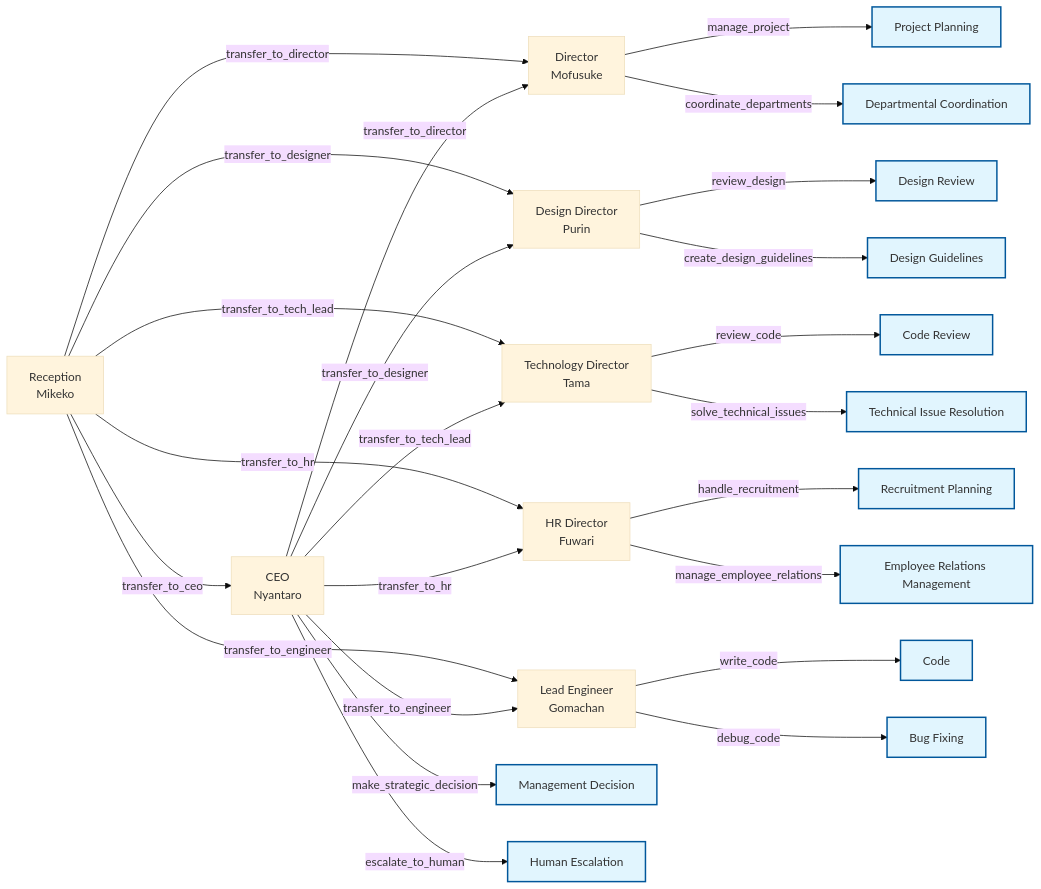
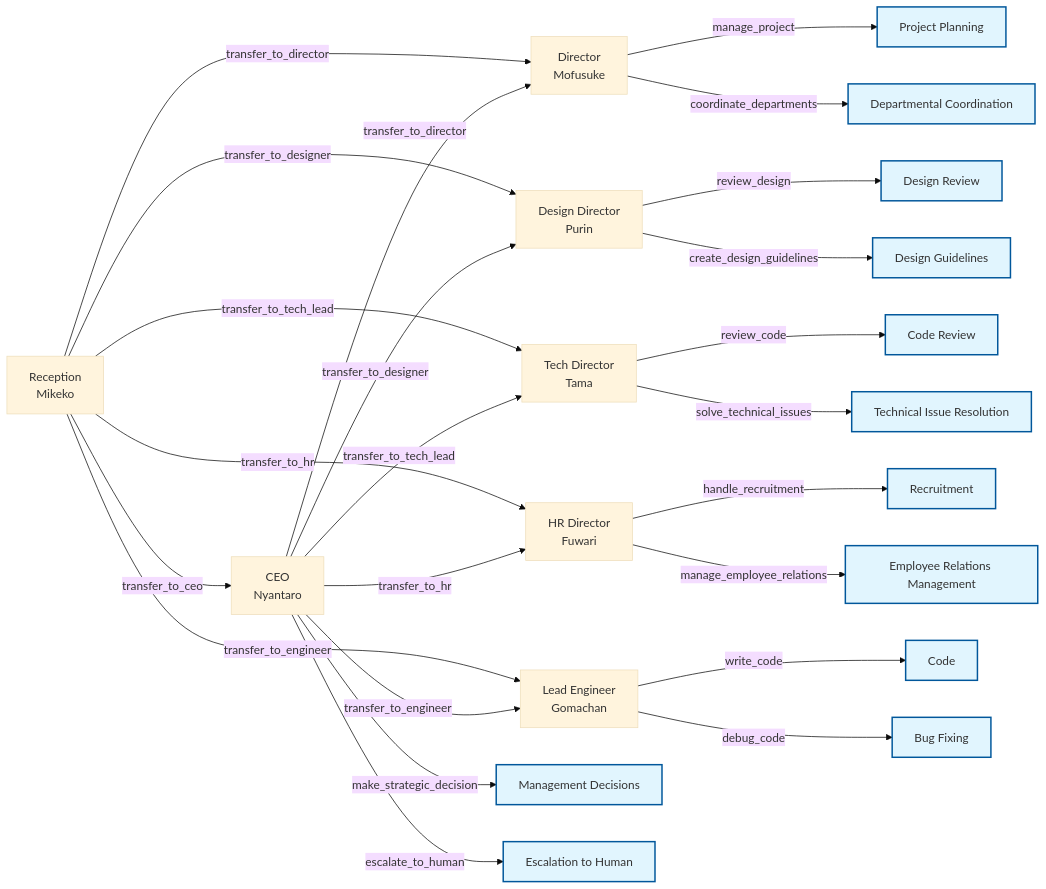
Before and after one commit to Sunwood-ai-labs/swarm-neko-neko-company: the diagram in docs/README.en.md, drawn with Mermaid. The commit also changed other lines of this file, not shown here.

````diff
--- a/docs/README.en.md
+++ b/docs/README.en.md
@@ -59,38 +60,38 @@
 ```mermaid
 %%{init: {'theme':'base'}}%%
 graph LR
     A[CEO<br>Nyantaro] -->|transfer_to_director| B[Director<br>Mofusuke]
     A -->|transfer_to_designer| C[Design Director<br>Purin]
-    A -->|transfer_to_tech_lead| D[Technology Director<br>Tama]
+    A -->|transfer_to_tech_lead| D[Tech Director<br>Tama]
     A -->|transfer_to_hr| E[HR Director<br>Fuwari]
     A -->|transfer_to_engineer| F[Lead Engineer<br>Gomachan]
     G[Reception<br>Mikeko] -->|transfer_to_ceo| A
     G -->|transfer_to_director| B
     G -->|transfer_to_designer| C
     G -->|transfer_to_tech_lead| D
     G -->|transfer_to_hr| E
     G -->|transfer_to_engineer| F
 
     %% Each agent's functions and outputs
-    A -->|make_strategic_decision| S[Management Decision]
-    A -->|escalate_to_human| H[Human Escalation]
+    A -->|make_strategic_decision| S[Management Decisions]
+    A -->|escalate_to_human| H[Escalation to Human]
     
     B -->|manage_project| P[Project Planning]
     B -->|coordinate_departments| CD[Departmental Coordination]
     
     C -->|review_design| RD[Design Review]
     C -->|create_design_guidelines| DG[Design Guidelines]
     
     D -->|review_code| RC[Code Review]
     D -->|solve_technical_issues| TI[Technical Issue Resolution]
     
     F -->|write_code| WC[Code]
     F -->|debug_code| DC[Bug Fixing]
     
-    E -->|handle_recruitment| R[Recruitment Planning]
+    E -->|handle_recruitment| R[Recruitment]
     E -->|manage_employee_relations| ER[Employee Relations Management]
 
-    %% Output style
+    %% Style for outputs
     classDef result fill:#e1f5fe,stroke:#01579b,stroke-width:2px
     class S,H,P,CD,RD,DG,RC,TI,WC,DC,R,ER result
 ```
````
